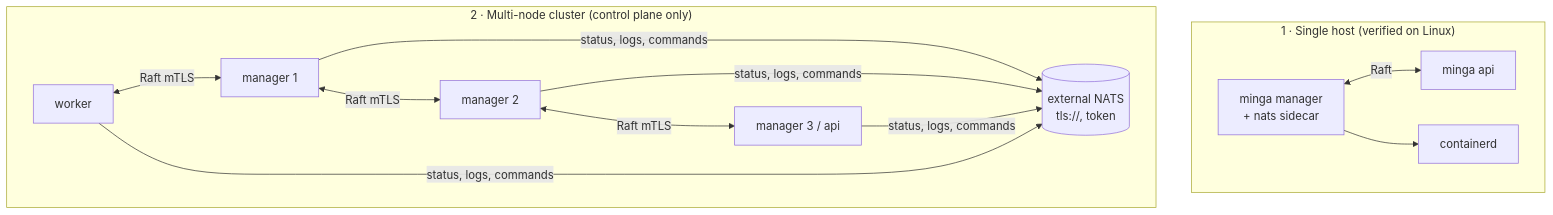
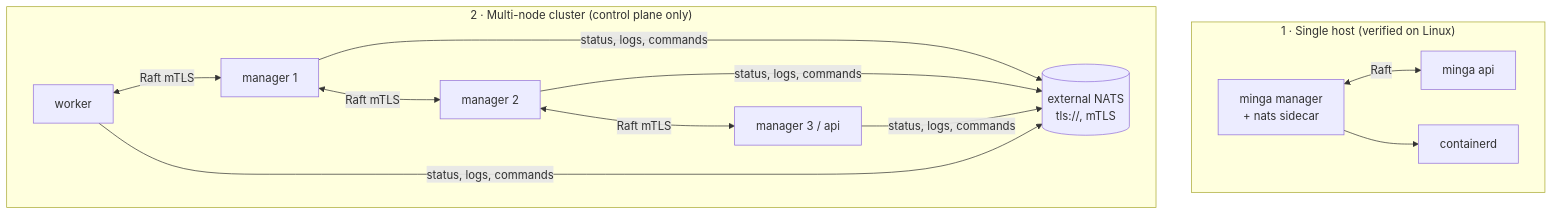
One commit to lithqube/minga changed the fourth of 4 diagrams in README.md. Above: the diagram before and after it, drawn with Mermaid. The commit also changed other lines of this file and 6 other files, not shown here.

First line of the commit message:
Docs review fixes: shared TLS NATS for every node, build-from-source install, agent setup

````diff
--- a/README.md
+++ b/README.md
@@ -216,16 +226,16 @@
 ```mermaid
 flowchart TB
   subgraph single["1 · Single host (verified on Linux)"]
     m1["minga manager<br/>+ nats sidecar"] <-->|Raft| a1["minga api"]
     m1 --> ct1[containerd]
   end
 
   subgraph multi["2 · Multi-node cluster (control plane only)"]
     direction LR
-    natsx[("external NATS<br/>tls://, token")]
+    natsx[("external NATS<br/>tls://, mTLS")]
     mA["manager 1"] <-->|Raft mTLS| mB["manager 2"]
     mB <-->|Raft mTLS| mC["manager 3 / api"]
     w1["worker"] <-->|Raft mTLS| mA
     mA & mB & mC & w1 -->|status, logs, commands| natsx
   end
 ```
````
